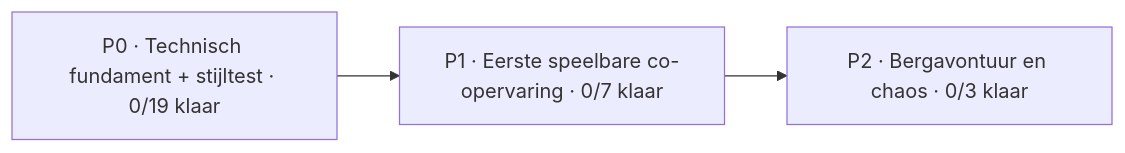
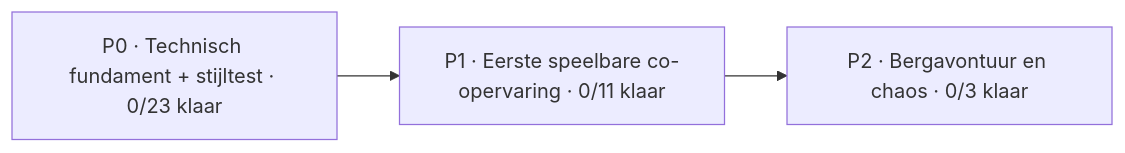
The diagram in Docs/PROJECT_BOARD.md (mlemson/conductor-chaos), drawn with Mermaid before and after one commit. The commit also changed other lines of this file, not shown here.

````diff
--- a/Docs/PROJECT_BOARD.md
+++ b/Docs/PROJECT_BOARD.md
@@ -13,7 +13,7 @@
 ```mermaid
 flowchart LR
-    P0["P0 · Technisch fundament + stijltest · 0/19 klaar"]
-    P1["P1 · Eerste speelbare co-opervaring · 0/7 klaar"]
+    P0["P0 · Technisch fundament + stijltest · 0/23 klaar"]
+    P1["P1 · Eerste speelbare co-opervaring · 0/11 klaar"]
     P2["P2 · Bergavontuur en chaos · 0/3 klaar"]
     P0 --> P1 --> P2
 ```
````
